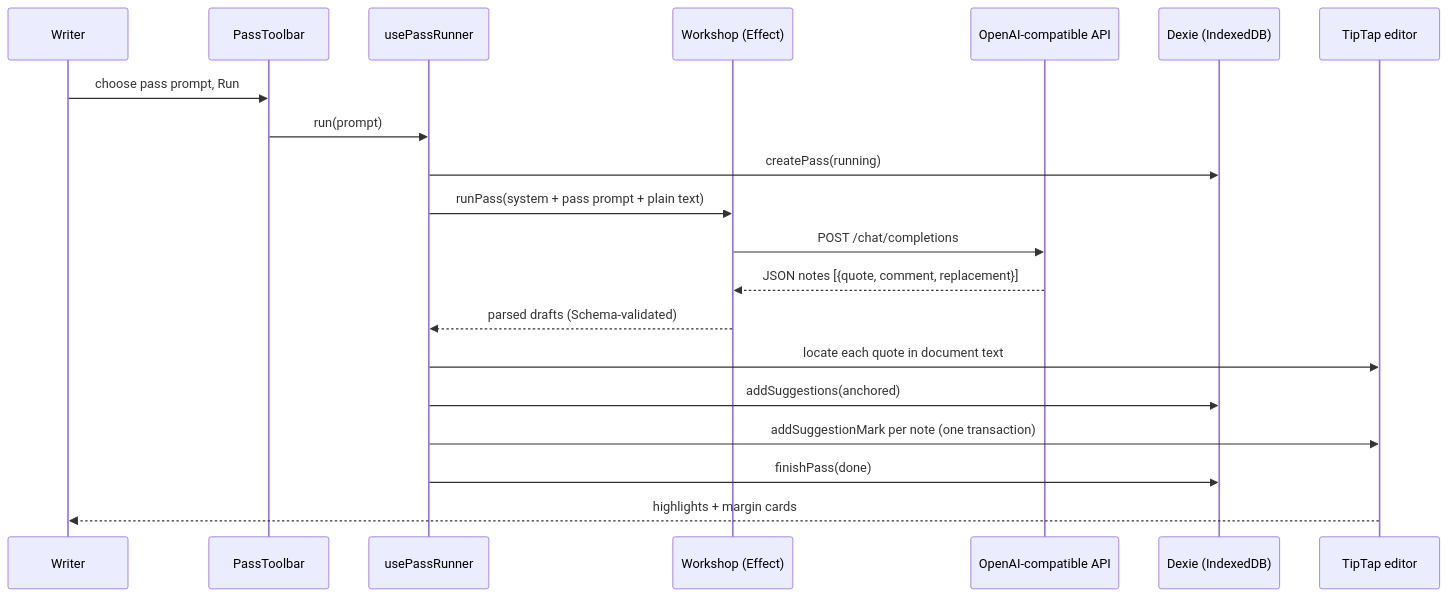
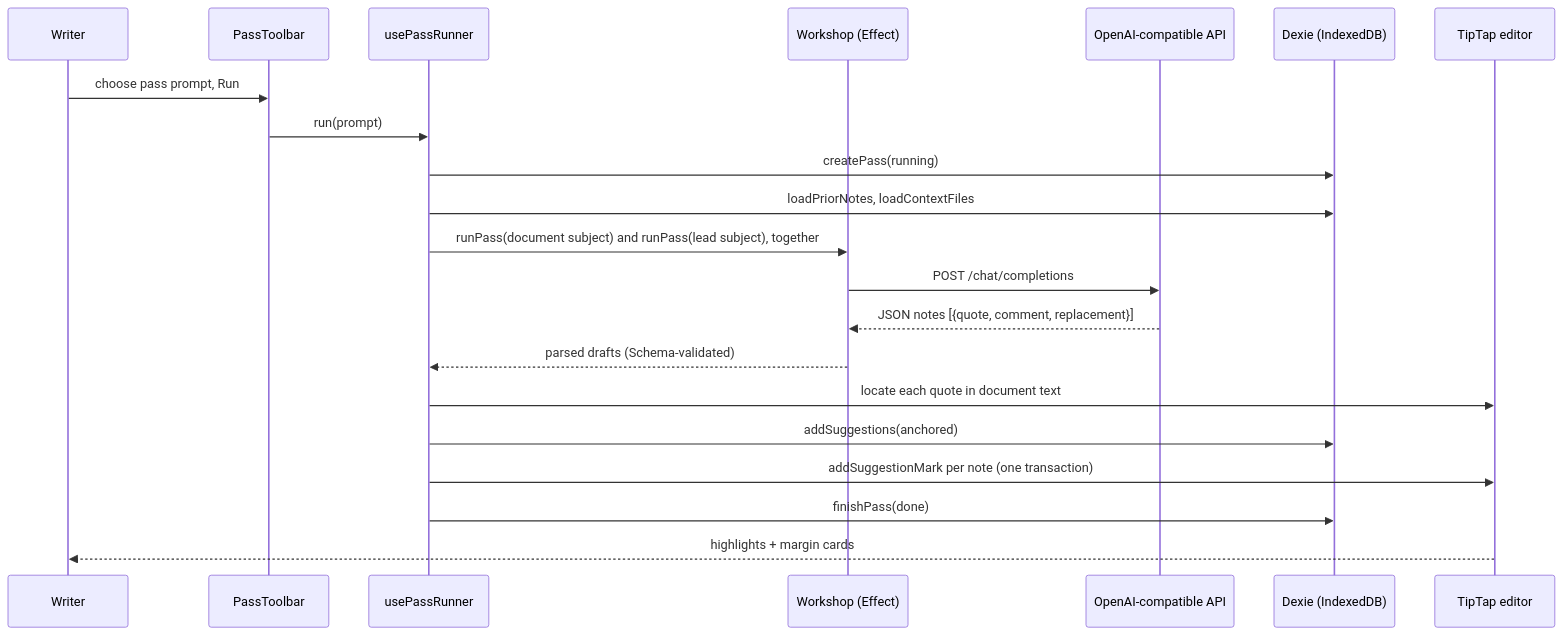
One commit to gmcabrita/writing-workshop changed the first of 3 diagrams in README.md. Above: the diagram before and after it, drawn with Mermaid. The commit also changed other lines of this file and 19 other files, not shown here.

First line of the commit message:
Add a document lead and per-document context files

````diff
--- a/README.md
+++ b/README.md
@@ -44,23 +44,24 @@
 ```mermaid
 sequenceDiagram
     participant W as Writer
     participant UI as PassToolbar
     participant R as usePassRunner
     participant WS as Workshop (Effect)
     participant LLM as OpenAI-compatible API
     participant DB as Dexie (IndexedDB)
     participant ED as TipTap editor
 
     W->>UI: choose pass prompt, Run
     UI->>R: run(prompt)
     R->>DB: createPass(running)
-    R->>WS: runPass(system + pass prompt + plain text)
+    R->>DB: loadPriorNotes, loadContextFiles
+    R->>WS: runPass(document subject) and runPass(lead subject), together
     WS->>LLM: POST /chat/completions
     LLM-->>WS: JSON notes [{quote, comment, replacement}]
     WS-->>R: parsed drafts (Schema-validated)
     R->>ED: locate each quote in document text
     R->>DB: addSuggestions(anchored)
     R->>ED: addSuggestionMark per note (one transaction)
     R->>DB: finishPass(done)
     ED-->>W: highlights + margin cards
 ```
````
